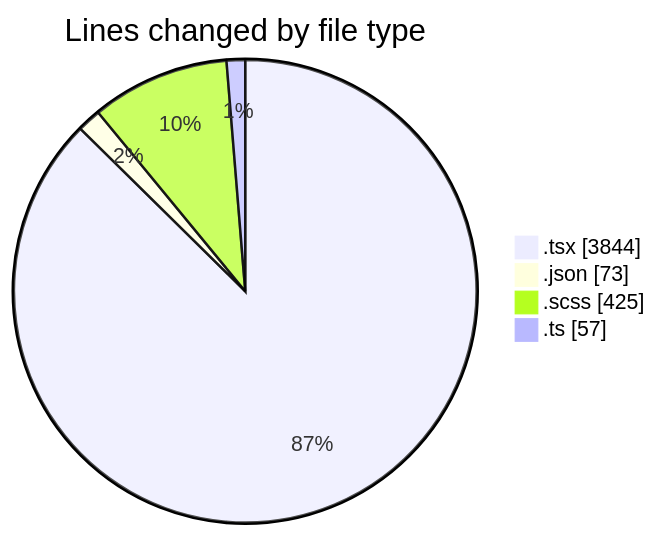
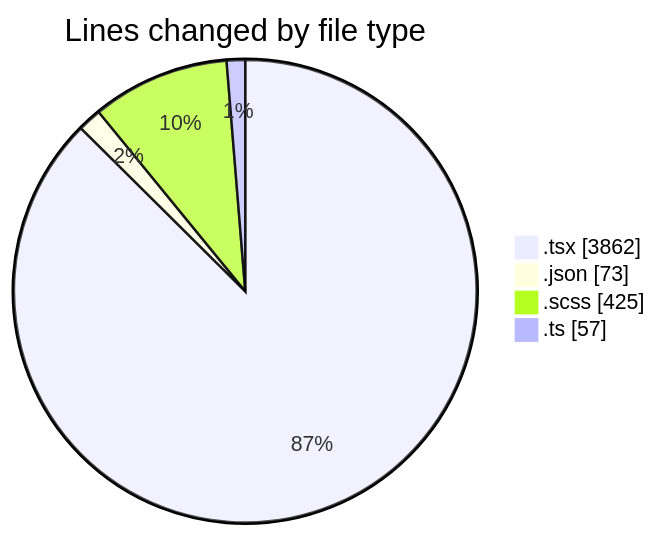
The first of 2 diagrams in 2025-10-02/cda/README.md (momahboobian/code-tracking), drawn with Mermaid before and after one commit. The commit also changed other lines of this file and 1 other file, not shown here.

````diff
--- a/2025-10-02/cda/README.md
+++ b/2025-10-02/cda/README.md
@@ -29,8 +29,8 @@
 ```mermaid
 pie showData
 title Lines changed by file type
-".tsx" : 3844
+".tsx" : 3862
 ".json" : 73
 ".scss" : 425
 ".ts" : 57
 ```
````
